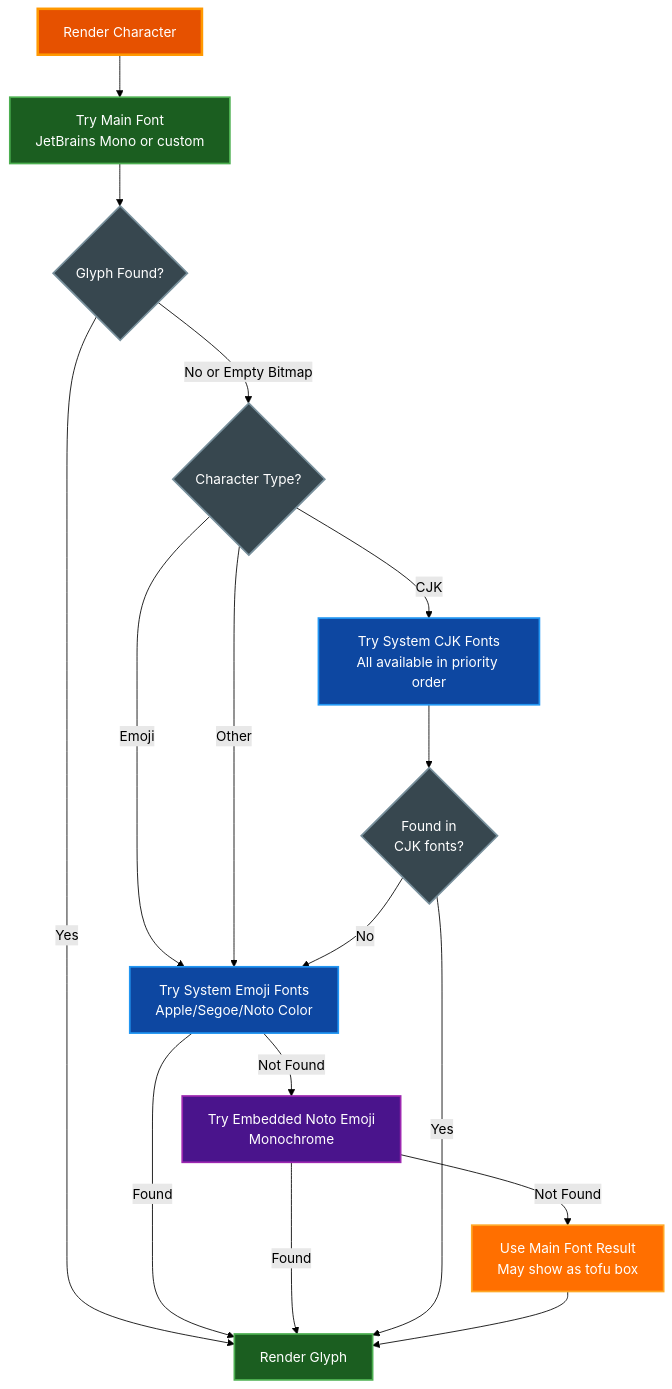
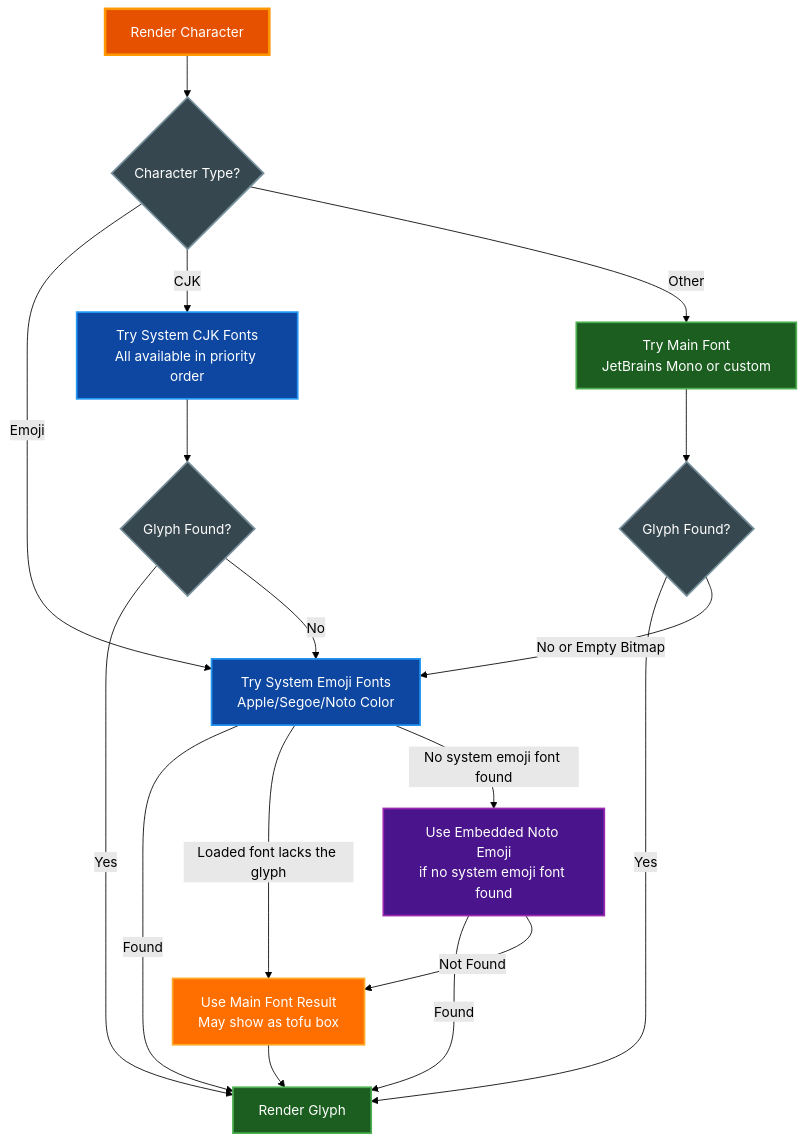
Before and after one commit to paulrobello/par-term-emu-core-rust: the diagram in docs/FONTS.md, drawn with Mermaid (forest theme). The commit also changed other lines of this file and 26 other files, not shown here.

````diff
--- a/docs/FONTS.md
+++ b/docs/FONTS.md
@@ -70,45 +70,49 @@
 ```mermaid
 graph TD
     Start[Render Character]
+    CheckType{Character Type?}
     TryMain[Try Main Font<br/>JetBrains Mono or custom]
     CheckSuccess{Glyph Found?}
 
-    CheckType{Character Type?}
     TrySystemEmoji[Try System Emoji Fonts<br/>Apple/Segoe/Noto Color]
-    TryEmbeddedEmoji[Try Embedded Noto Emoji<br/>Monochrome]
+    TryEmbeddedEmoji[Use Embedded Noto Emoji<br/>if no system emoji font found]
     TryCJK[Try System CJK Fonts<br/>All available in priority order]
-    CheckEmojiAfterCJK{Found in<br/>CJK fonts?}
+    CheckCJKGlyph{Glyph Found?}
     FinalFallback[Use Main Font Result<br/>May show as tofu box]
     Success[Render Glyph]
 
-    Start --> TryMain
+    Start --> CheckType
+    CheckType -->|Emoji| TrySystemEmoji
+    CheckType -->|CJK| TryCJK
+    CheckType -->|Other| TryMain
+
     TryMain --> CheckSuccess
     CheckSuccess -->|Yes| Success
-    CheckSuccess -->|No or Empty Bitmap| CheckType
-
-    CheckType -->|Emoji| TrySystemEmoji
-    CheckType -->|CJK| TryCJK
-    CheckType -->|Other| TrySystemEmoji
+    CheckSuccess -->|No or Empty Bitmap| TrySystemEmoji
 
     TrySystemEmoji -->|Found| Success
-    TrySystemEmoji -->|Not Found| TryEmbeddedEmoji
+    TrySystemEmoji -->|Loaded font lacks the glyph| FinalFallback
+    TrySystemEmoji -->|No system emoji font found| TryEmbeddedEmoji
     TryEmbeddedEmoji -->|Found| Success
     TryEmbeddedEmoji -->|Not Found| FinalFallback
 
-    TryCJK --> CheckEmojiAfterCJK
-    CheckEmojiAfterCJK -->|Yes| Success
-    CheckEmojiAfterCJK -->|No| TrySystemEmoji
+    TryCJK --> CheckCJKGlyph
+    CheckCJKGlyph -->|Yes| Success
+    CheckCJKGlyph -->|No| TrySystemEmoji
 
     FinalFallback --> Success
 
-    style Start fill:#e65100,stroke:#ff9800,stroke-width:3px,color:#ffffff
-    style TryMain fill:#1b5e20,stroke:#4caf50,stroke-width:2px,color:#ffffff
-    style TrySystemEmoji fill:#0d47a1,stroke:#2196f3,stroke-width:2px,color:#ffffff
-    style TryCJK fill:#0d47a1,stroke:#2196f3,stroke-width:2px,color:#ffffff
-    style TryEmbeddedEmoji fill:#4a148c,stroke:#9c27b0,stroke-width:2px,color:#ffffff
-    style Success fill:#1b5e20,stroke:#4caf50,stroke-width:2px,color:#ffffff
-    style FinalFallback fill:#ff6f00,stroke:#ffa726,stroke-width:2px,color:#ffffff
-    style CheckSuccess fill:#37474f,stroke:#78909c,stroke-width:2px,color:#ffffff
-    style CheckType fill:#37474f,stroke:#78909c,stroke-width:2px,color:#ffffff
-    style CheckEmojiAfterCJK fill:#37474f,stroke:#78909c,stroke-width:2px,color:#ffffff
+    class Start primary
+    class TryMain,Success active
+    class TrySystemEmoji,TryCJK data
+    class TryEmbeddedEmoji external
+    class FinalFallback warning
+    class CheckType,CheckSuccess,CheckCJKGlyph neutral
+
+    classDef primary fill:#e65100,stroke:#ff9800,stroke-width:3px,color:#ffffff
+    classDef active fill:#1b5e20,stroke:#4caf50,stroke-width:2px,color:#ffffff
+    classDef data fill:#0d47a1,stroke:#2196f3,stroke-width:2px,color:#ffffff
+    classDef external fill:#4a148c,stroke:#9c27b0,stroke-width:2px,color:#ffffff
+    classDef warning fill:#ff6f00,stroke:#ffa726,stroke-width:2px,color:#ffffff
+    classDef neutral fill:#37474f,stroke:#78909c,stroke-width:2px,color:#ffffff
 ```
````
